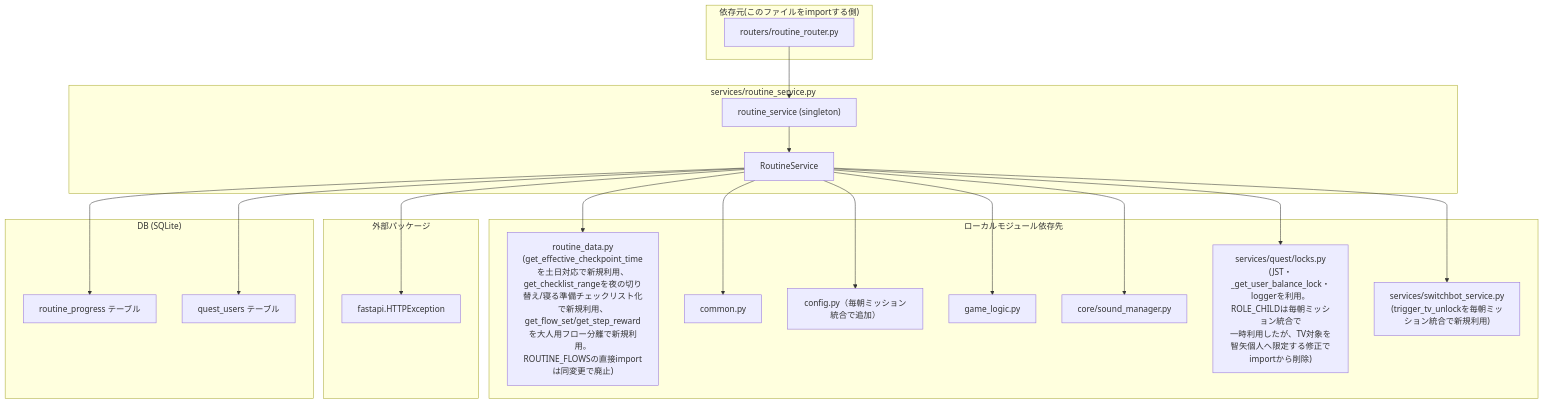
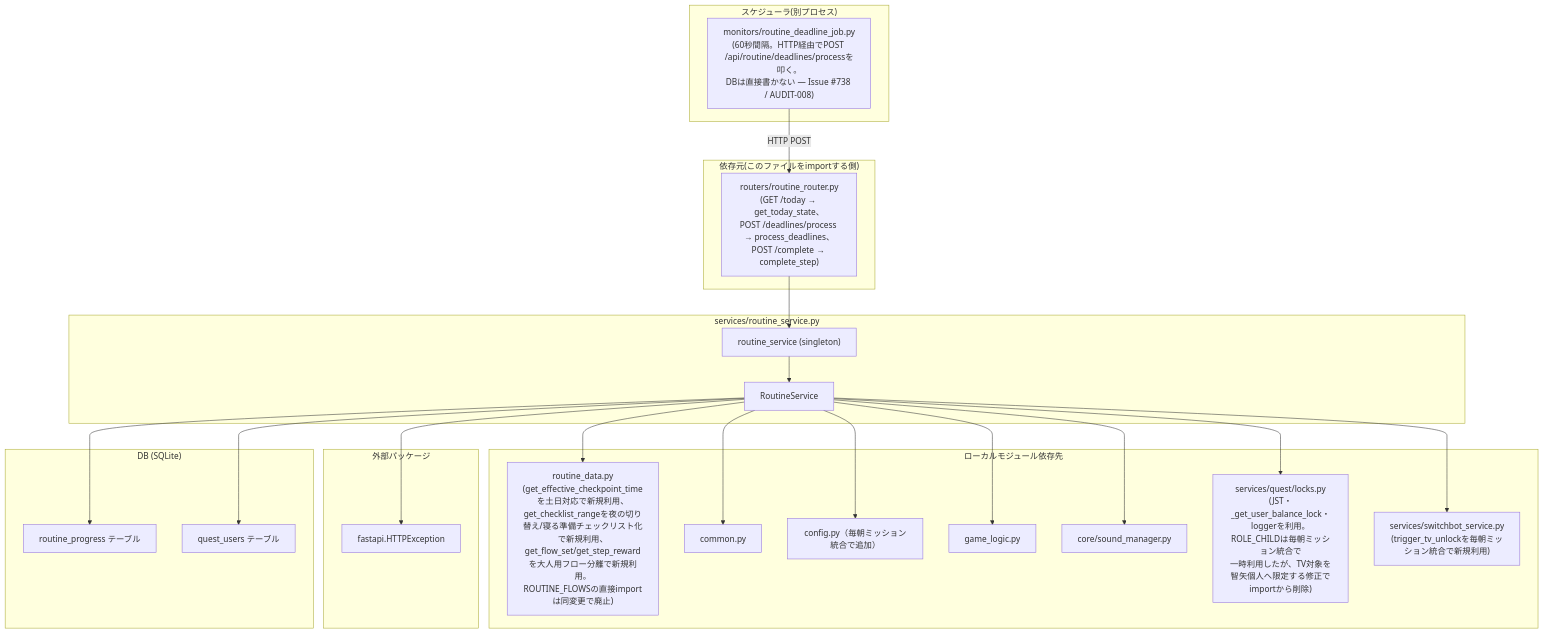
One commit to mmtigers/my_python_project changed the fifth of 5 diagrams in docs/specifications/MY_HOME_SYSTEM/routine_service.md. Above: the diagram before and after it, drawn with Mermaid. The commit also changed other lines of this file and 19 other files, not shown here.

First line of the commit message:
refactor: routine/today のポーリングから副作用を排除しスケジューラへ移行 (#738) (#780)

````diff
--- a/docs/specifications/MY_HOME_SYSTEM/routine_service.md
+++ b/docs/specifications/MY_HOME_SYSTEM/routine_service.md
@@ -805,51 +988,61 @@
 ```mermaid
 graph TD
     subgraph "services/routine_service.py"
         RoutineService
         routine_service_singleton["routine_service (singleton)"]
     end
 
     subgraph "ローカルモジュール依存先"
         routine_data["routine_data.py
 (get_effective_checkpoint_timeを土日対応で新規利用、
 get_checklist_rangeを夜の切り替え/寝る準備チェックリスト化で新規利用、
 get_flow_set/get_step_rewardを大人用フロー分離で新規利用。
 ROUTINE_FLOWSの直接importは同変更で廃止)"]
         common_mod["common.py"]
         config_mod["config.py（毎朝ミッション統合で追加）"]
         game_logic_mod["game_logic.py"]
         sound_manager_mod["core/sound_manager.py"]
         quest_locks["services/quest/locks.py
 (JST・_get_user_balance_lock・loggerを利用。ROLE_CHILDは毎朝ミッション統合で
 一時利用したが、TV対象を智矢個人へ限定する修正でimportから削除)"]
         switchbot_mod["services/switchbot_service.py
 (trigger_tv_unlockを毎朝ミッション統合で新規利用)"]
     end
 
     subgraph "外部パッケージ"
         fastapi_exc["fastapi.HTTPException"]
     end
 
     subgraph "DB (SQLite)"
         routine_progress_table["routine_progress テーブル"]
         quest_users_table["quest_users テーブル"]
     end
 
     subgraph "依存元(このファイルをimportする側)"
-        routine_router["routers/routine_router.py"]
+        routine_router["routers/routine_router.py
+(GET /today → get_today_state、
+POST /deadlines/process → process_deadlines、
+POST /complete → complete_step)"]
+    end
+
+    subgraph "スケジューラ(別プロセス)"
+        deadline_job["monitors/routine_deadline_job.py
+(60秒間隔。HTTP経由でPOST /api/routine/deadlines/processを叩く。
+DBは直接書かない — Issue #738 / AUDIT-008)"]
     end
 
     RoutineService --> routine_data
     RoutineService --> common_mod
     RoutineService --> config_mod
     RoutineService --> game_logic_mod
     RoutineService --> sound_manager_mod
     RoutineService --> quest_locks
     RoutineService --> switchbot_mod
     RoutineService --> fastapi_exc
     RoutineService --> routine_progress_table
     RoutineService --> quest_users_table
     routine_service_singleton --> RoutineService
 
     routine_router --> routine_service_singleton
+    deadline_job -->|"HTTP POST"| routine_router
 ```
````
